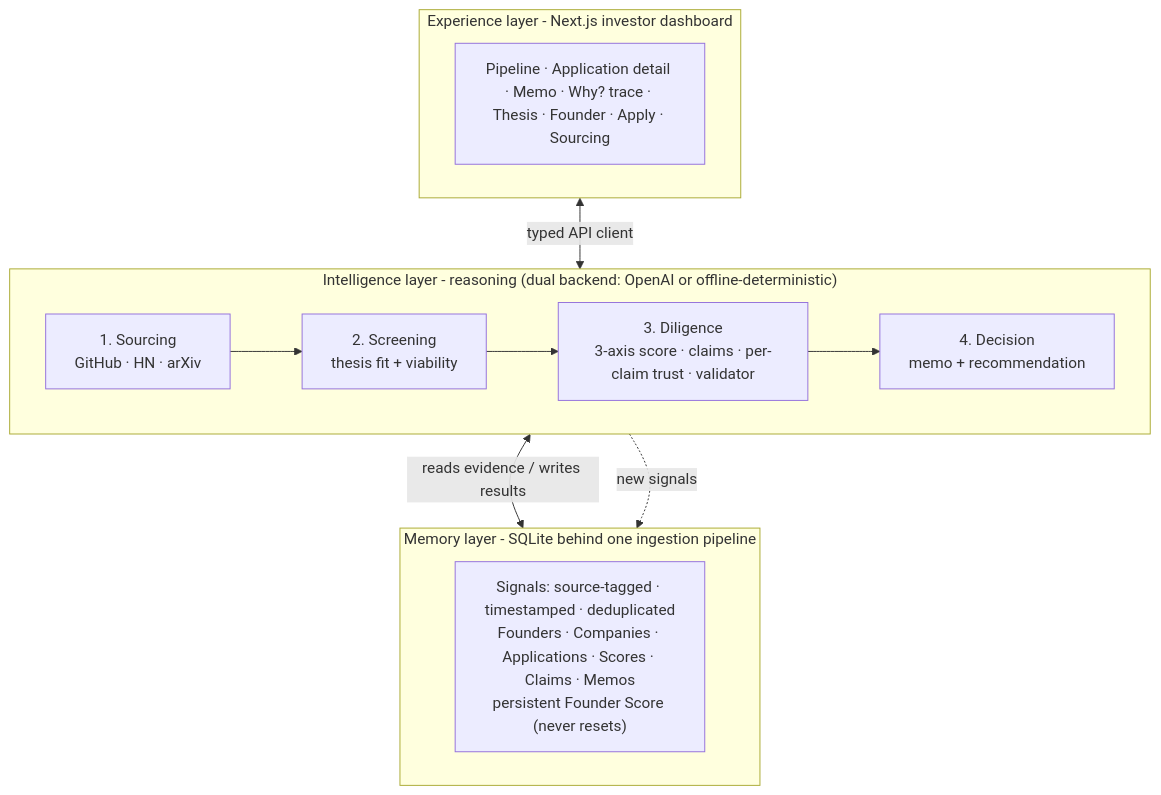
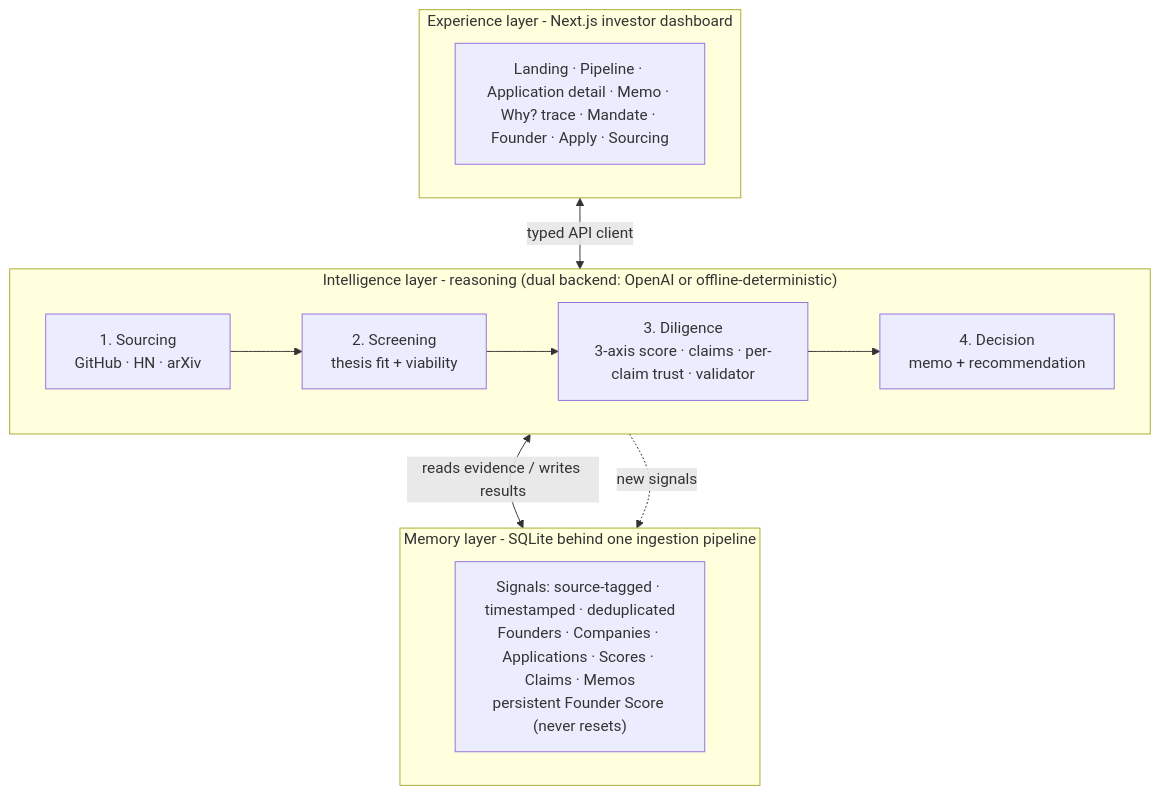
The diagram in README.md (ehsansasanian/hack-nation), drawn with Mermaid before and after one commit. The commit also changed other lines of this file, not shown here.

Commit message:
docs: document inbound enrichment (enriching stage, founder links, enrichment_report)

````diff
--- a/README.md
+++ b/README.md
@@ -11,23 +11,23 @@
 ```mermaid
 flowchart TB
     subgraph EXP["Experience layer - Next.js investor dashboard"]
-        UI["Pipeline · Application detail · Memo · Why? trace · Thesis · Founder · Apply · Sourcing"]
+        UI["Landing · Pipeline · Application detail · Memo · Why? trace · Mandate · Founder · Apply · Sourcing"]
     end
 
     subgraph INT["Intelligence layer - reasoning (dual backend: OpenAI or offline-deterministic)"]
         direction LR
         SRC["1. Sourcing<br/>GitHub · HN · arXiv"]
         SCR["2. Screening<br/>thesis fit + viability"]
         DIL["3. Diligence<br/>3-axis score · claims · per-claim trust · validator"]
         DEC["4. Decision<br/>memo + recommendation"]
         SRC --> SCR --> DIL --> DEC
     end
 
     subgraph MEM["Memory layer - SQLite behind one ingestion pipeline"]
         DB["Signals: source-tagged · timestamped · deduplicated<br/>Founders · Companies · Applications · Scores · Claims · Memos<br/>persistent Founder Score (never resets)"]
     end
 
     EXP <-->|typed API client| INT
     INT <-->|reads evidence / writes results| MEM
     SRC -.->|new signals| MEM
 ```
````
